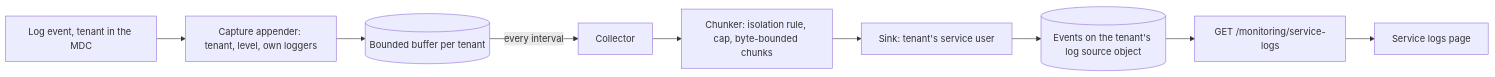
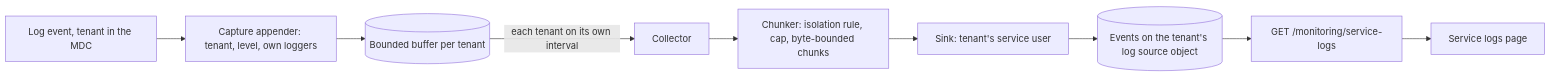
One commit to Cumulocity-IoT/cumulocity-dynamic-mapper changed the diagram in docs/feature/service-logs.md. Above: the diagram before and after it, drawn with Mermaid. The commit also changed other lines of this file and 41 other files, not shown here.

````diff
--- a/docs/feature/service-logs.md
+++ b/docs/feature/service-logs.md
@@ -48,11 +50,11 @@
 ```mermaid
 flowchart LR
   A[Log event, tenant in the MDC] --> B[Capture appender: tenant, level, own loggers]
   B --> C[(Bounded buffer per tenant)]
-  C -->|every interval| D[Collector]
+  C -->|each tenant on its own interval| D[Collector]
   D --> E[Chunker: isolation rule, cap, byte-bounded chunks]
   E --> F[Sink: tenant's service user]
   F --> G[(Events on the tenant's log source object)]
   G --> H[GET /monitoring/service-logs]
   H --> I[Service logs page]
 ```
````
